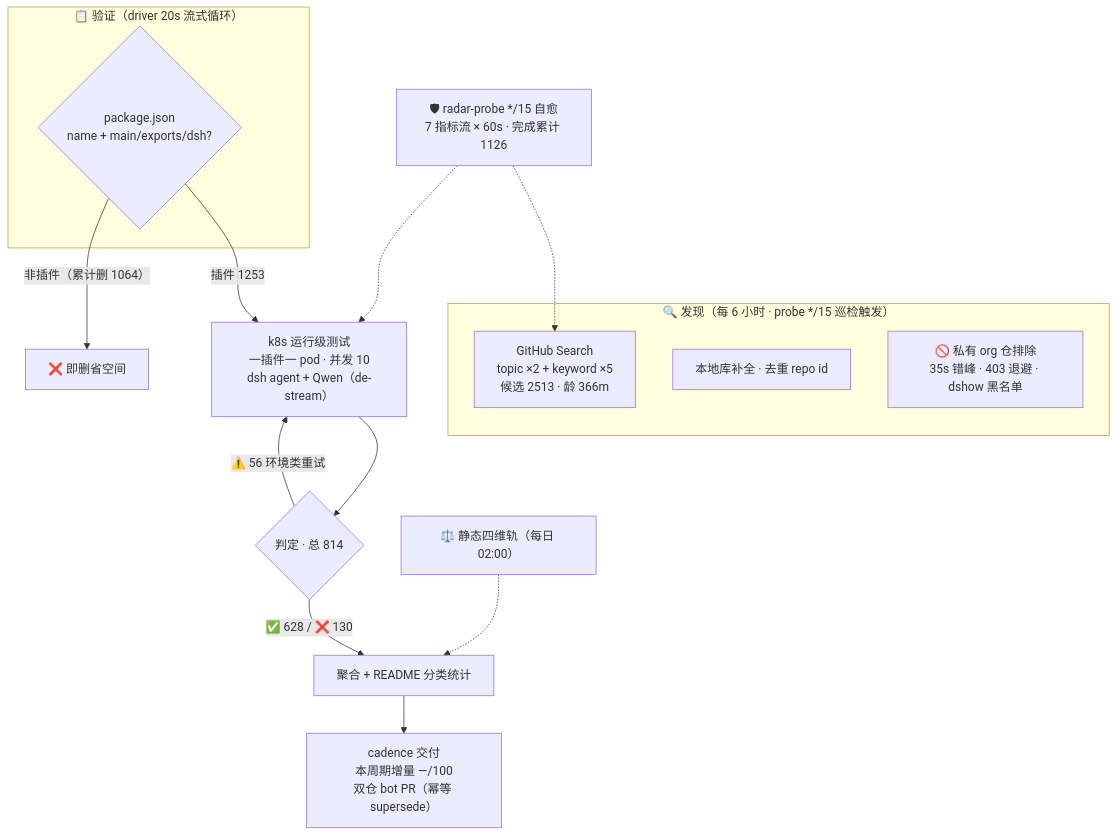
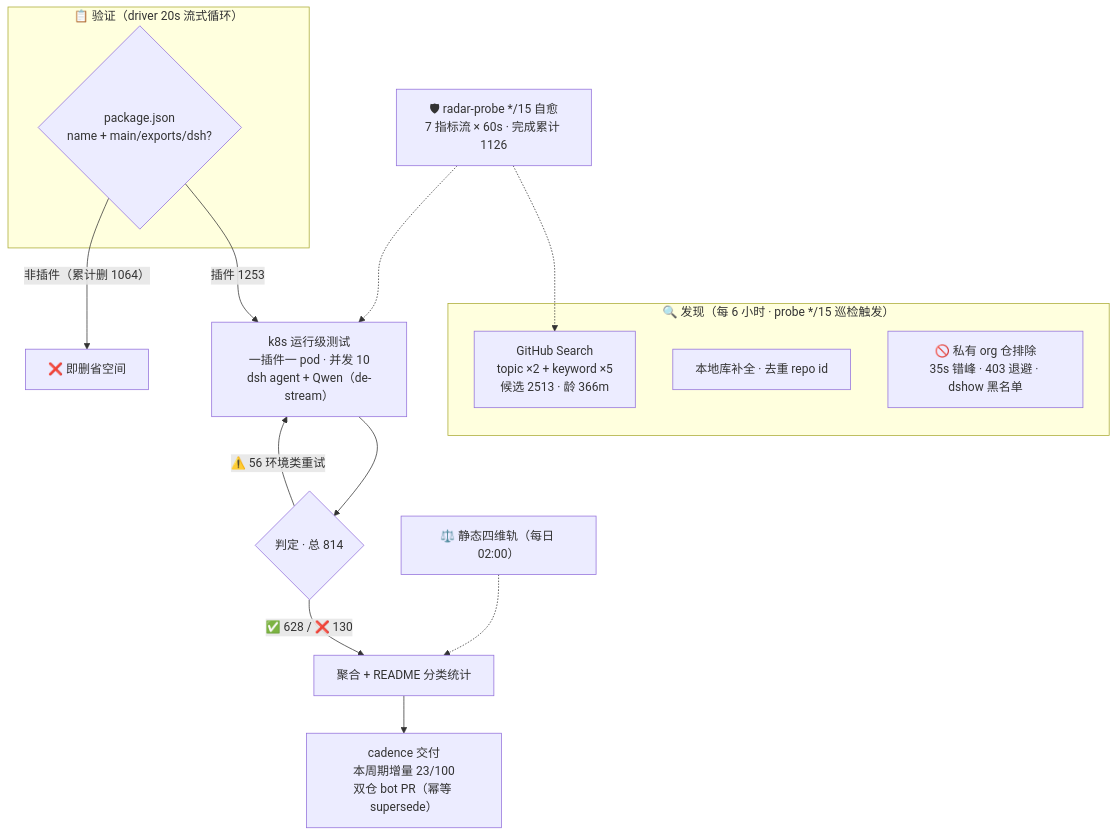
Before and after one commit to Zhidao-Lab-OSS/awesome-dsh-plugins: the diagram in README.md, drawn with Mermaid. The commit also changed other lines of this file, not shown here.

````diff
--- a/README.md
+++ b/README.md
@@ -20,20 +20,20 @@
 ```mermaid
 flowchart TB
     subgraph Discovery["🔍 发现（每 6 小时 · probe */15 巡检触发）"]
         A1["GitHub Search<br/>topic ×2 + keyword ×5<br/>候选 2513 · 龄 366m"]
         A2["本地库补全 · 去重 repo id"]
         A3["🚫 私有 org 仓排除<br/>35s 错峰 · 403 退避 · dshow 黑名单"]
     end
     subgraph Validation["📋 验证（driver 20s 流式循环）"]
         B1{"package.json<br/>name + main/exports/dsh?"}
     end
     B1 -->|"插件 1253"| C1["k8s 运行级测试<br/>一插件一 pod · 并发 10<br/>dsh agent + Qwen（de-stream）"]
     B1 -->|"非插件（累计删 1064）"| B3["❌ 即删省空间"]
     C1 --> D1{"判定 · 总 814"}
     D1 -->|"✅ 628 / ❌ 130"| E1["聚合 + README 分类统计"]
     D1 -->|"⚠️ 56 环境类重试"| C1
-    E1 --> E2["cadence 交付<br/>本周期增量 —/100<br/>双仓 bot PR（幂等 supersede）"]
+    E1 --> E2["cadence 交付<br/>本周期增量 23/100<br/>双仓 bot PR（幂等 supersede）"]
     S["⚖️ 静态四维轨（每日 02:00）"] -.-> E1
     M["🛡 radar-probe */15 自愈<br/>7 指标流 × 60s · 完成累计 1126"] -.-> A1
     M -.-> C1
 ```
````
